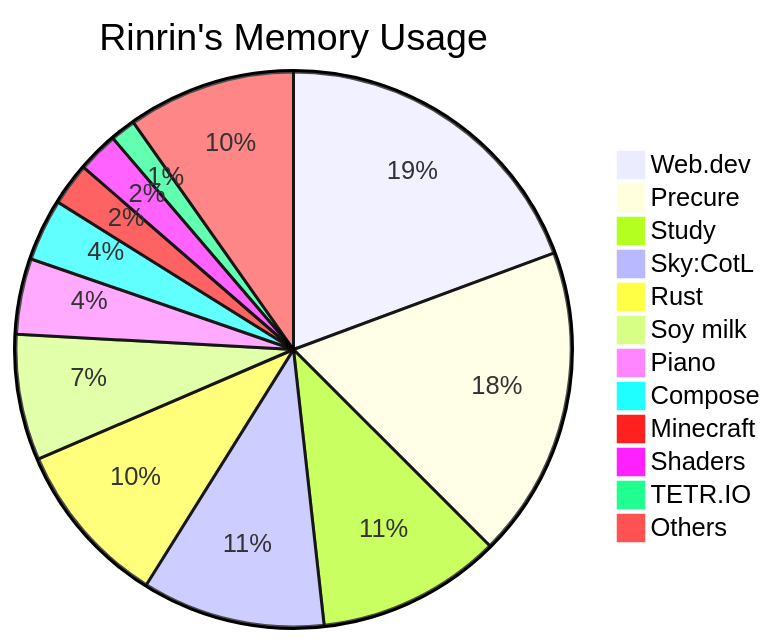
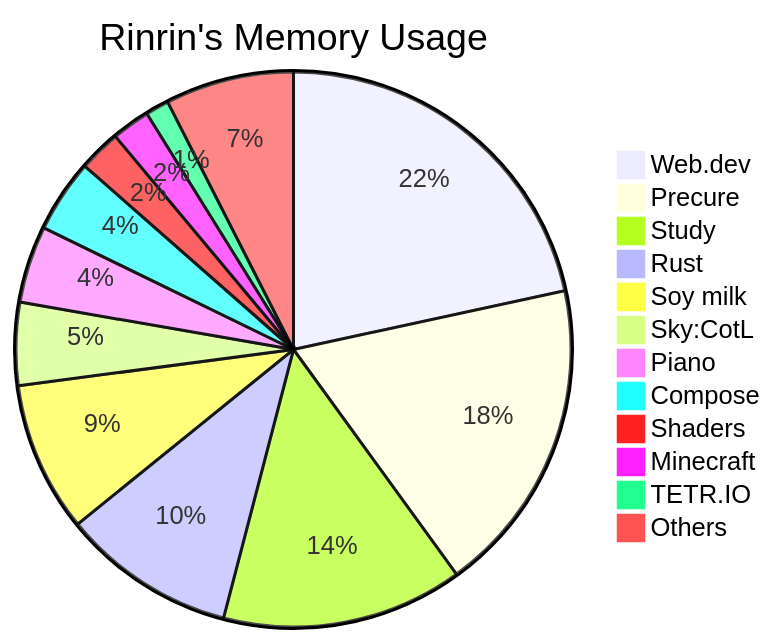
One commit to Rinrin0413/Rinrin0413 changed the diagram in README.md. Above: the diagram before and after it, drawn with Mermaid.

Commit message:
🛠 Update: Rinrin's Memory Usage

````diff
--- a/README.md
+++ b/README.md
@@ -75,15 +75,15 @@
 ```mermaid
 pie title Rinrin's Memory Usage
-    "Web.dev": 483
-    "Precure": 453
-    "Study": 268
-    "Sky:CotL": 266
-    "Rust": 241
-    "Soy milk": 183
-    "Piano": 110
-    "Compose": 90
-    "Minecraft": 62
-    "Shaders": 59
+    "Web.dev": 583
+    "Precure": 497
+    "Study": 379
+    "Rust": 273
+    "Soy milk": 236
+    "Sky:CotL": 130
+    "Piano": 121
+    "Compose": 115
+    "Shaders": 66
+    "Minecraft": 60
     "TETR.IO": 37
-    "Others": 244
+    "Others": 202
 ```
````
